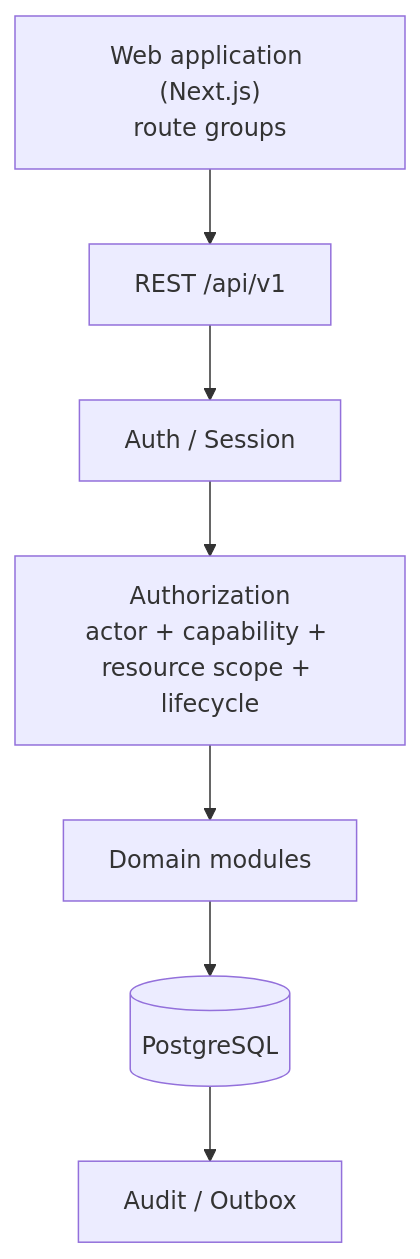
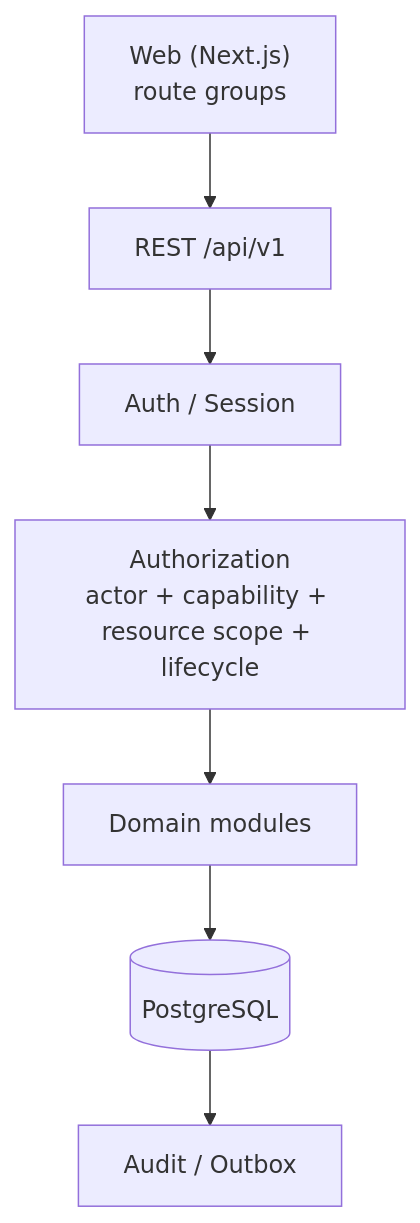
One commit to austinfinity79/1hub-network changed the diagram in README.md. Above: the diagram before and after it, drawn with Mermaid. The commit also changed other lines of this file and 1 other file, not shown here.

````diff
--- a/README.md
+++ b/README.md
@@ -51,17 +52,17 @@
 ```mermaid
 flowchart TD
-    WEB["Web application (Next.js)<br/>route groups"]
+    WEB["Web (Next.js)<br/>route groups"]
     API["REST /api/v1"]
     AUTH["Auth / Session"]
     AUTHZ["Authorization<br/>actor + capability + resource scope + lifecycle"]
     MOD["Domain modules"]
     PG[("PostgreSQL")]
     AUD["Audit / Outbox"]
 
     WEB --> API
     API --> AUTH
     AUTH --> AUTHZ
     AUTHZ --> MOD
     MOD --> PG
     PG --> AUD
 ```
````
